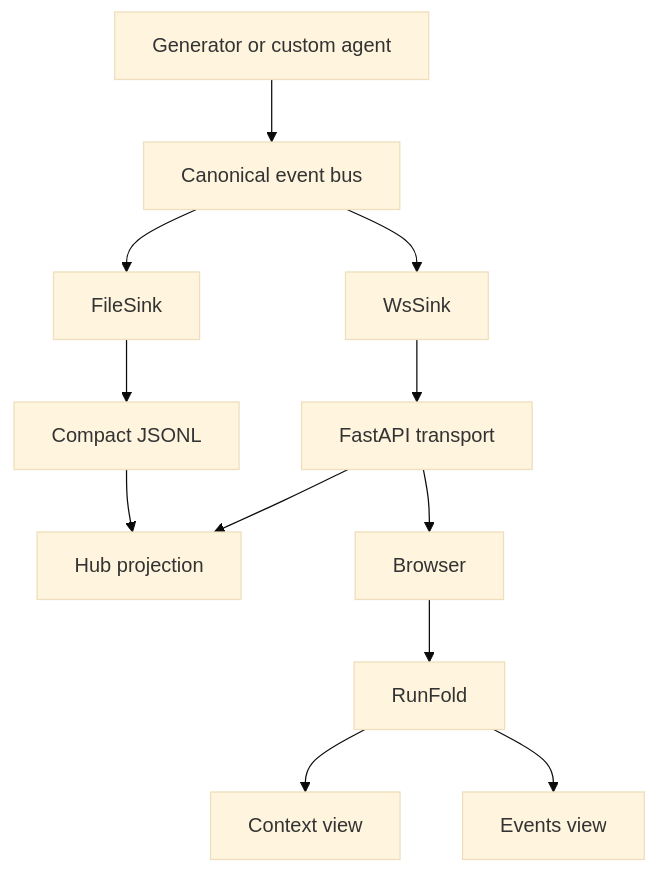
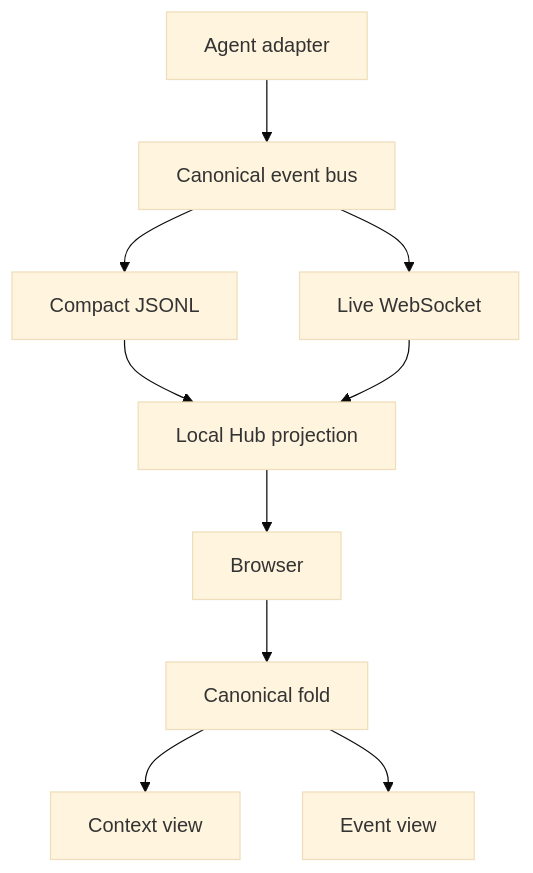
Before and after one commit to Delva0/gh-puller: the diagram in docs/agent-monitor.md, drawn with Mermaid (base theme). The commit also changed other lines of this file and 48 other files, not shown here.

Commit message:
refactor(agent): establish canonical agent context fold

````diff
--- a/docs/agent-monitor.md
+++ b/docs/agent-monitor.md
@@ -83,14 +110,12 @@
 ```mermaid
 flowchart TD
-    Producer[Generator or custom agent] --> Bus[Canonical event bus]
-    Bus --> FileSink[FileSink]
-    FileSink --> History[Compact JSONL]
-    History --> Hub[Hub projection]
-    Bus --> WsSink[WsSink]
-    WsSink --> App[FastAPI transport]
-    App --> Hub
-    App --> Browser[Browser]
-    Browser --> Fold[RunFold]
+    Agent[Agent adapter] --> Bus[Canonical event bus]
+    Bus --> File[Compact JSONL]
+    Bus --> Live[Live WebSocket]
+    File --> Hub[Local Hub projection]
+    Live --> Hub
+    Hub --> Browser[Browser]
+    Browser --> Fold[Canonical fold]
     Fold --> Context[Context view]
-    Fold --> Events[Events view]
+    Fold --> Events[Event view]
 ```
````
